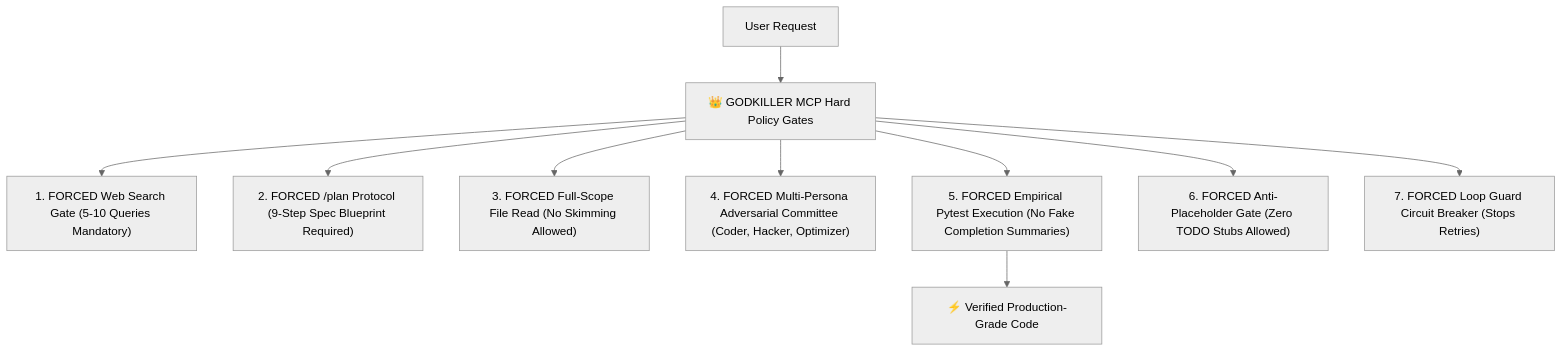
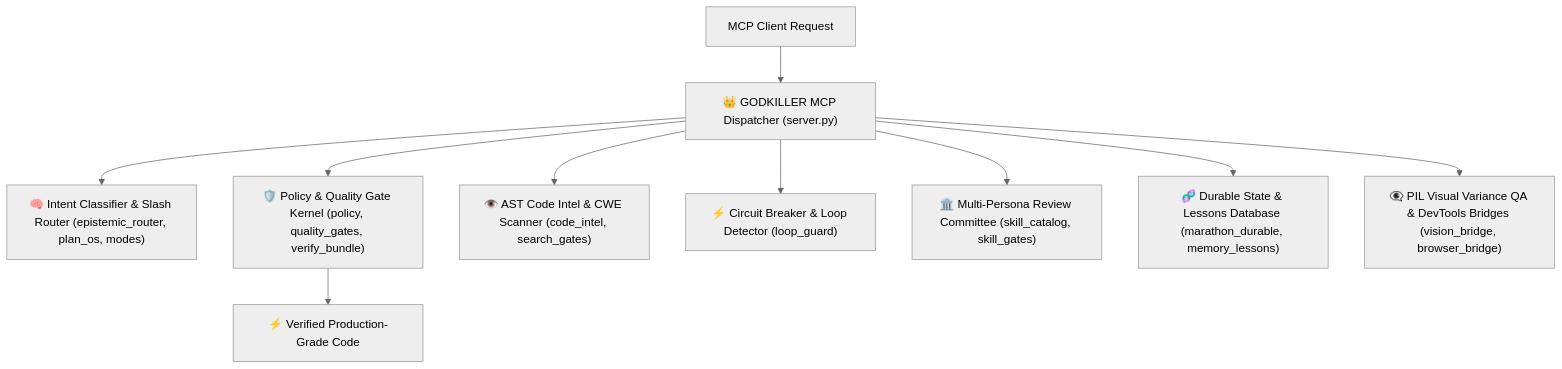
The diagram in README.md (taurus42119-stack/godkiller-mcp), drawn with Mermaid (neutral theme) before and after one commit. The commit also changed other lines of this file, not shown here.

Commit message:
docs: Rewrite README with senior engineering rigor, ScopeSafeSecretsLoader security architecture, PIL visual QA, and clean installation guide

````diff
--- a/README.md
+++ b/README.md
@@ -60,12 +52,12 @@
 ```mermaid
 graph TD
-    A["User Request"] --> B["👑 GODKILLER MCP Hard Policy Gates"]
-    B --> C["1. FORCED Web Search Gate (5-10 Queries Mandatory)"]
-    B --> D["2. FORCED /plan Protocol (9-Step Spec Blueprint Required)"]
-    B --> E["3. FORCED Full-Scope File Read (No Skimming Allowed)"]
-    B --> F["4. FORCED Multi-Persona Adversarial Committee (Coder, Hacker, Optimizer)"]
-    B --> G["5. FORCED Empirical Pytest Execution (No Fake Completion Summaries)"]
-    B --> H["6. FORCED Anti-Placeholder Gate (Zero TODO Stubs Allowed)"]
-    B --> I["7. FORCED Loop Guard Circuit Breaker (Stops Retries)"]
-    G --> J["⚡ Verified Production-Grade Code"]
+    A["MCP Client Request"] --> B["👑 GODKILLER MCP Dispatcher (server.py)"]
+    B --> C["🧠 Intent Classifier & Slash Router (epistemic_router, plan_os, modes)"]
+    B --> D["🛡️ Policy & Quality Gate Kernel (policy, quality_gates, verify_bundle)"]
+    B --> E["👁️ AST Code Intel & CWE Scanner (code_intel, search_gates)"]
+    B --> F["⚡ Circuit Breaker & Loop Detector (loop_guard)"]
+    B --> G["🏛️ Multi-Persona Review Committee (skill_catalog, skill_gates)"]
+    B --> H["🧬 Durable State & Lessons Database (marathon_durable, memory_lessons)"]
+    B --> I["👁️‍🗨️ PIL Visual Variance QA & DevTools Bridges (vision_bridge, browser_bridge)"]
+    D --> J["⚡ Verified Production-Grade Code"]
 ```
````
